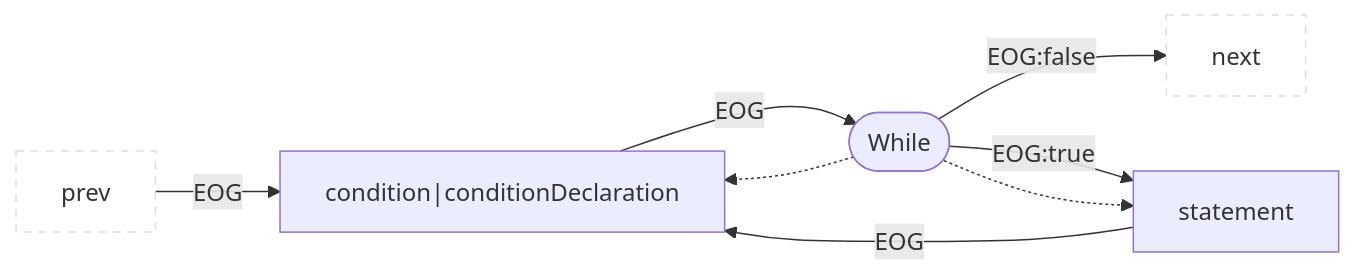
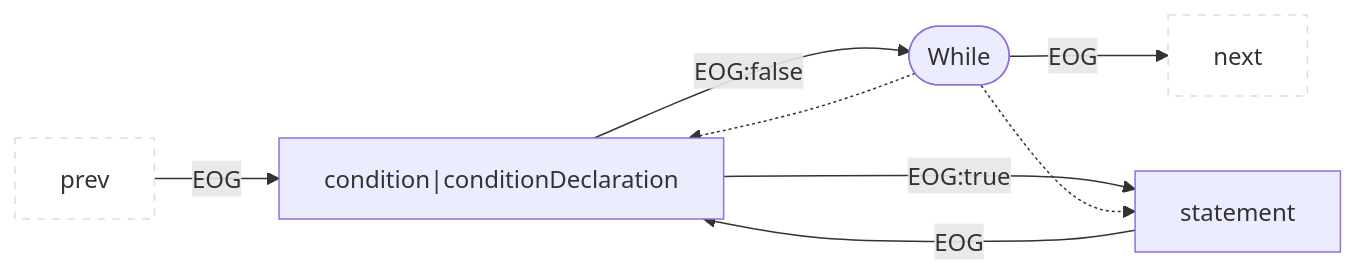
Diagram 35 of 49 in docs/docs/CPG/specs/eog.md (Fraunhofer-AISEC/cpg), drawn with Mermaid before and after one commit. The commit also changed other lines of this file and 16 other files, not shown here.

````diff
--- a/docs/docs/CPG/specs/eog.md
+++ b/docs/docs/CPG/specs/eog.md
@@ -688,11 +689,11 @@
 ```mermaid
 flowchart LR
   classDef outer fill:#fff,stroke:#ddd,stroke-dasharray:5 5;
   prev:::outer --EOG--> child1["condition|conditionDeclaration"]
-  child1 --EOG--> parent
-  parent --EOG:false--> next:::outer
-  parent(["While"]) --EOG:true--> child3["statement"]
+  child1 --EOG:false--> parent(["While"])
+  child1 --EOG:true--> child3["statement"]
   child3 --EOG--> child1
+  parent --EOG--> next:::outer
   parent -.-> child1
   parent -.-> child3
 ```
````
